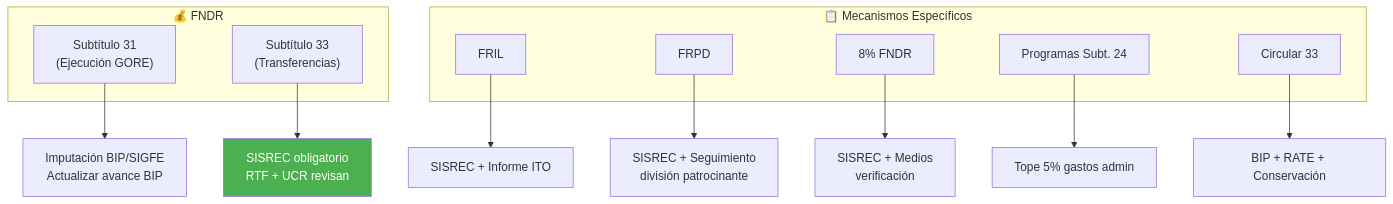
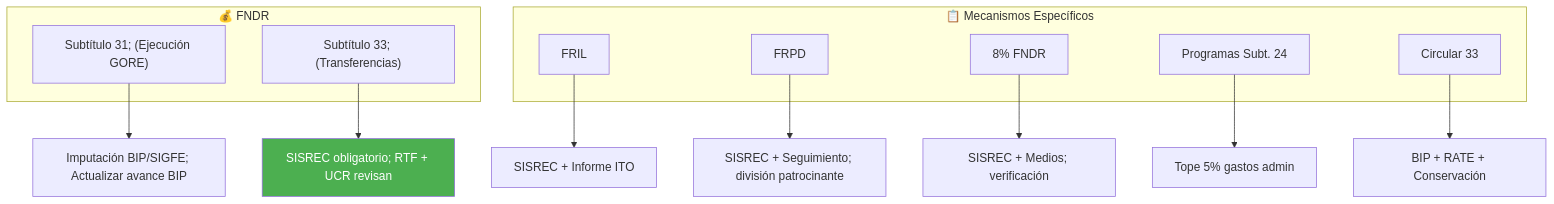
Before and after one commit to felix-antonio-sl/kora: the sixth of 8 diagrams in drafts/gn/bpmn/bpmn-d08-rendiciones.md, drawn with Mermaid. The commit also changed other lines of this file and 265 other files, not shown here.

````diff
--- a/drafts/gn/bpmn/bpmn-d08-rendiciones.md
+++ b/drafts/gn/bpmn/bpmn-d08-rendiciones.md
@@ -230,22 +263,25 @@
 ```mermaid
 flowchart TD
-    subgraph FNDR["💰 FNDR"]
-        F1["Subtítulo 31<br/>(Ejecución GORE)"]
-        F2["Subtítulo 33<br/>(Transferencias)"]
-    end
-    subgraph MECANISMOS["📋 Mecanismos Específicos"]
-        M1["FRIL"]
-        M2["FRPD"]
-        M3["8% FNDR"]
-        M4["Programas Subt. 24"]
-        M5["Circular 33"]
-    end
-    F1 --> R1["Imputación BIP/SIGFE<br/>Actualizar avance BIP"]
-    F2 --> R2["SISREC obligatorio<br/>RTF + UCR revisan"]
-    M1 --> R3["SISREC + Informe ITO"]
-    M2 --> R4["SISREC + Seguimiento<br/>división patrocinante"]
-    M3 --> R5["SISREC + Medios<br/>verificación"]
-    M4 --> R6["Tope 5% gastos admin"]
-    M5 --> R7["BIP + RATE + Conservación"]
-    style R2 fill:#4CAF50,color:#fff
+ subgraph FNDR["💰 FNDR"]
+ F1["Subtítulo 31; (Ejecución GORE)"]
+ F2["Subtítulo 33; (Transferencias)"]
+ end
+
+ subgraph MECANISMOS["📋 Mecanismos Específicos"]
+ M1["FRIL"]
+ M2["FRPD"]
+ M3["8% FNDR"]
+ M4["Programas Subt. 24"]
+ M5["Circular 33"]
+ end
+
+ F1 --> R1["Imputación BIP/SIGFE; Actualizar avance BIP"]
+ F2 --> R2["SISREC obligatorio; RTF + UCR revisan"]
+ M1 --> R3["SISREC + Informe ITO"]
+ M2 --> R4["SISREC + Seguimiento; división patrocinante"]
+ M3 --> R5["SISREC + Medios; verificación"]
+ M4 --> R6["Tope 5% gastos admin"]
+ M5 --> R7["BIP + RATE + Conservación"]
+
+ style R2 fill:#4CAF50,color:#fff
 ```
````
